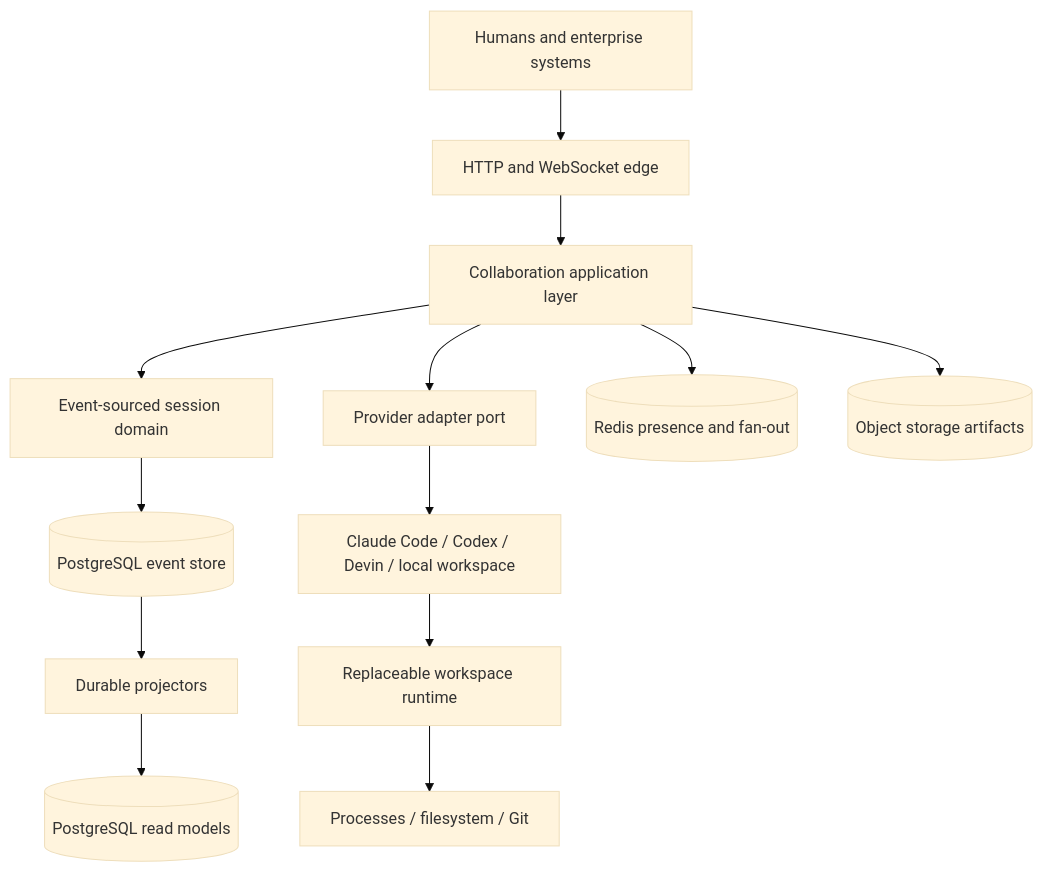
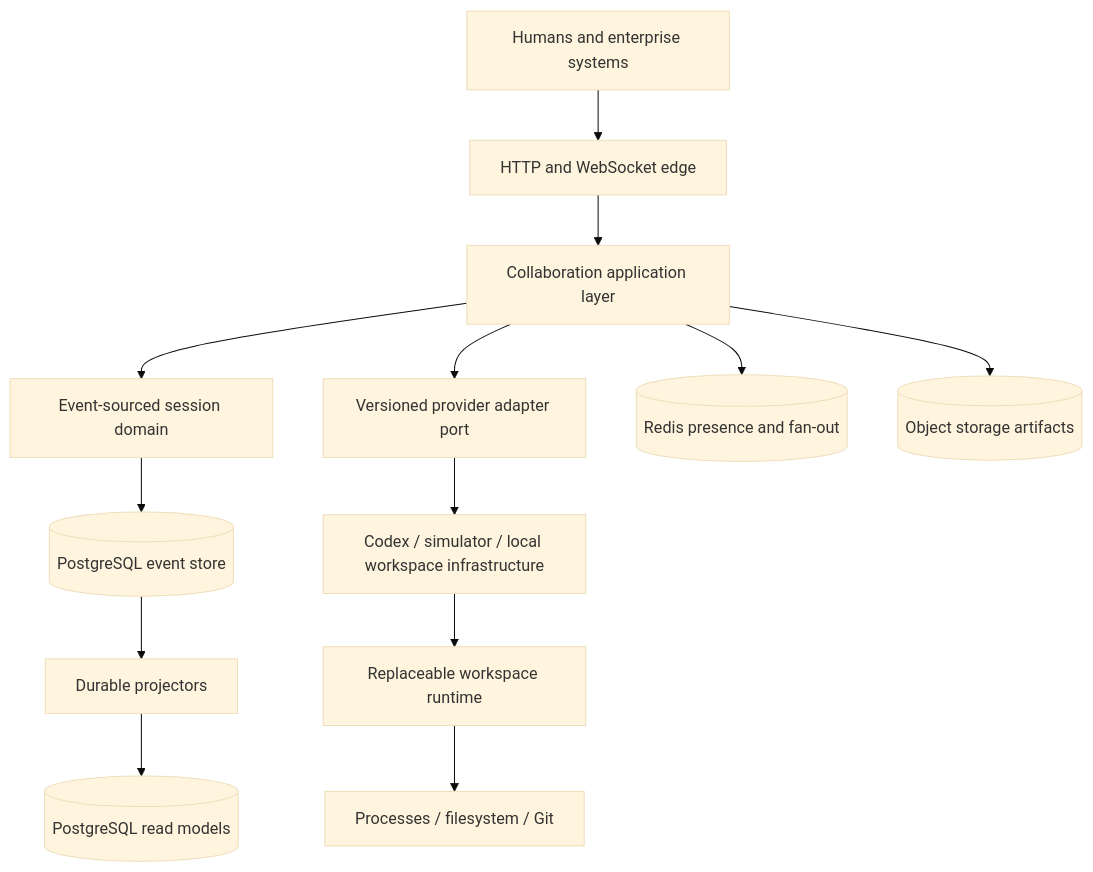
The diagram in docs/architecture/README.md (KavinSivaharan/Parallel), drawn with Mermaid (base theme) before and after one commit. The commit also changed other lines of this file and 20 other files, not shown here.

````diff
--- a/docs/architecture/README.md
+++ b/docs/architecture/README.md
@@ -5,15 +5,15 @@
 ```mermaid
 flowchart TB
   humans[Humans and enterprise systems] --> edge[HTTP and WebSocket edge]
   edge --> app[Collaboration application layer]
   app --> domain[Event-sourced session domain]
-  app --> adapters[Provider adapter port]
-  adapters --> providers[Claude Code / Codex / Devin / local workspace]
+  app --> adapters[Versioned provider adapter port]
+  adapters --> providers[Codex / simulator / local workspace infrastructure]
   providers --> runtime[Replaceable workspace runtime]
   runtime --> processes[Processes / filesystem / Git]
   domain --> pg[(PostgreSQL event store)]
   app --> redis[(Redis presence and fan-out)]
   app --> objects[(Object storage artifacts)]
   pg --> projectors[Durable projectors]
   projectors --> reads[(PostgreSQL read models)]
 ```
````
